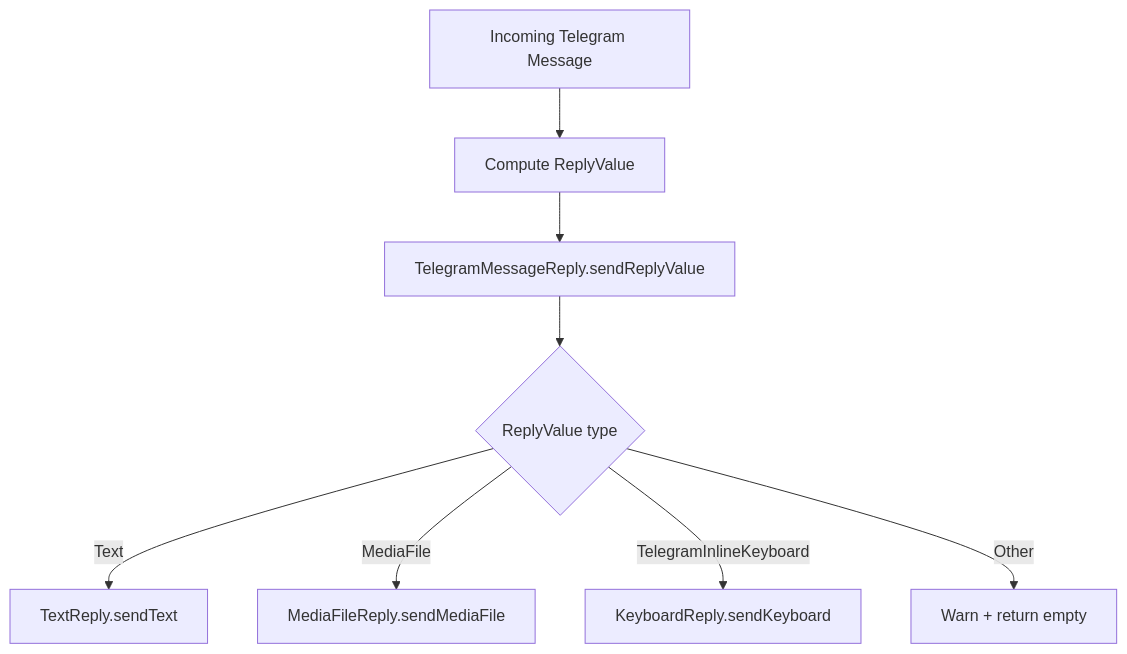
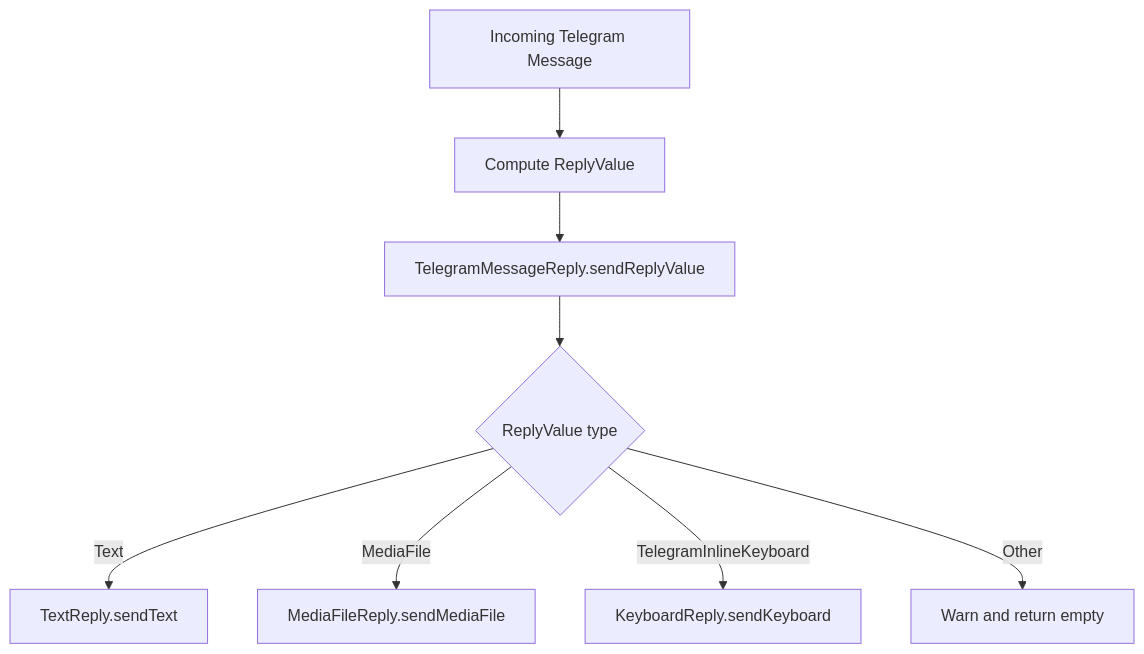
One commit to benkio/sBots changed the second of 6 diagrams in docs/bot-logic-overview.md. Above: the diagram before and after it, drawn with Mermaid. The commit also changed other lines of this file, not shown here.

````diff
--- a/docs/bot-logic-overview.md
+++ b/docs/bot-logic-overview.md
@@ -42,11 +42,11 @@
 ```mermaid
 flowchart TD
-  A[Incoming Telegram Message] --> B[Compute ReplyValue]
-  B --> C[TelegramMessageReply.sendReplyValue]
+  A["Incoming Telegram Message"] --> B["Compute ReplyValue"]
+  B --> C["TelegramMessageReply.sendReplyValue"]
 
   C --> D{ReplyValue type}
-  D -->|Text| E[TextReply.sendText]
-  D -->|MediaFile| F[MediaFileReply.sendMediaFile]
-  D -->|TelegramInlineKeyboard| G[KeyboardReply.sendKeyboard]
-  D -->|Other| H[Warn + return empty]
+  D -->|Text| E["TextReply.sendText"]
+  D -->|MediaFile| F["MediaFileReply.sendMediaFile"]
+  D -->|TelegramInlineKeyboard| G["KeyboardReply.sendKeyboard"]
+  D -->|Other| H["Warn and return empty"]
 ```
````
